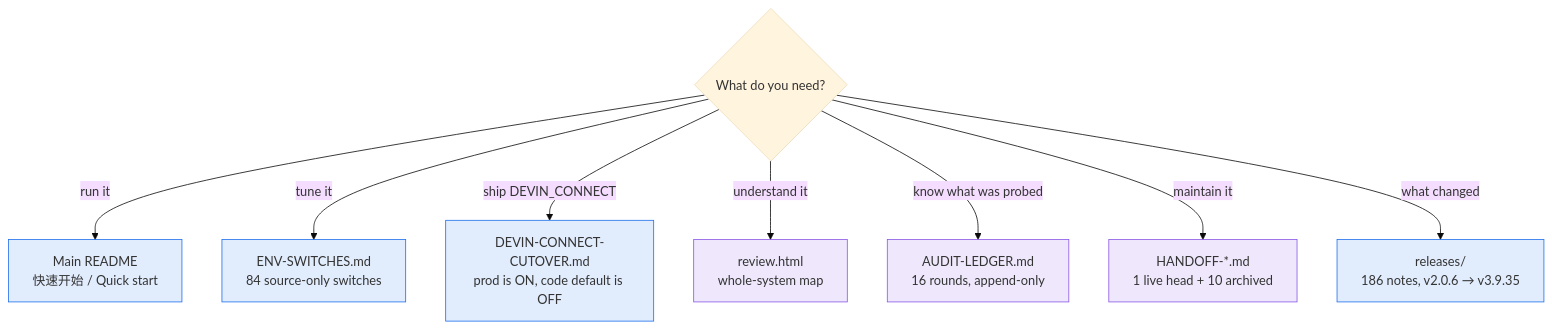
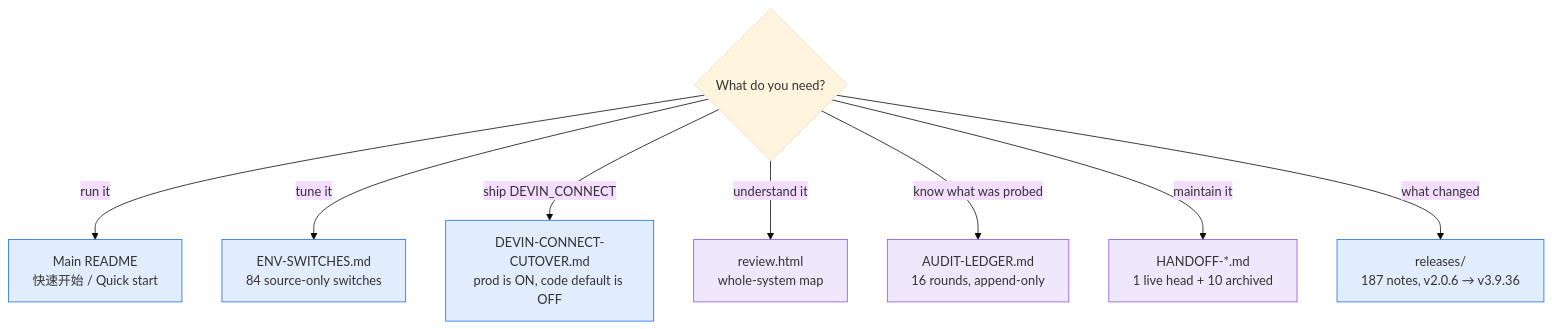
Before and after one commit to Link-Start/WindsurfAPI_dwgx: the diagram in docs/README.md, drawn with Mermaid (base theme). The commit also changed other lines of this file and 18 other files, not shown here.

````diff
--- a/docs/README.md
+++ b/docs/README.md
@@ -15,16 +15,16 @@
 ```mermaid
 flowchart TD
     Q{"What do you need?"}
     Q -->|"run it"| RUN["Main README<br/>快速开始 / Quick start"]
     Q -->|"tune it"| OPS["ENV-SWITCHES.md<br/>84 source-only switches"]
     Q -->|"ship DEVIN_CONNECT"| CUT["DEVIN-CONNECT-CUTOVER.md<br/>prod is ON, code default is OFF"]
     Q -->|"understand it"| ARCH["review.html<br/>whole-system map"]
     Q -->|"know what was probed"| LED["AUDIT-LEDGER.md<br/>16 rounds, append-only"]
     Q -->|"maintain it"| HO["HANDOFF-*.md<br/>1 live head + 10 archived"]
-    Q -->|"what changed"| REL["releases/<br/>186 notes, v2.0.6 → v3.9.35"]
+    Q -->|"what changed"| REL["releases/<br/>187 notes, v2.0.6 → v3.9.36"]
 
     classDef user fill:#1f6feb22,stroke:#1f6feb
     classDef maint fill:#8957e522,stroke:#8957e5
     class RUN,OPS,CUT,REL user
     class ARCH,LED,HO maint
 ```
````
